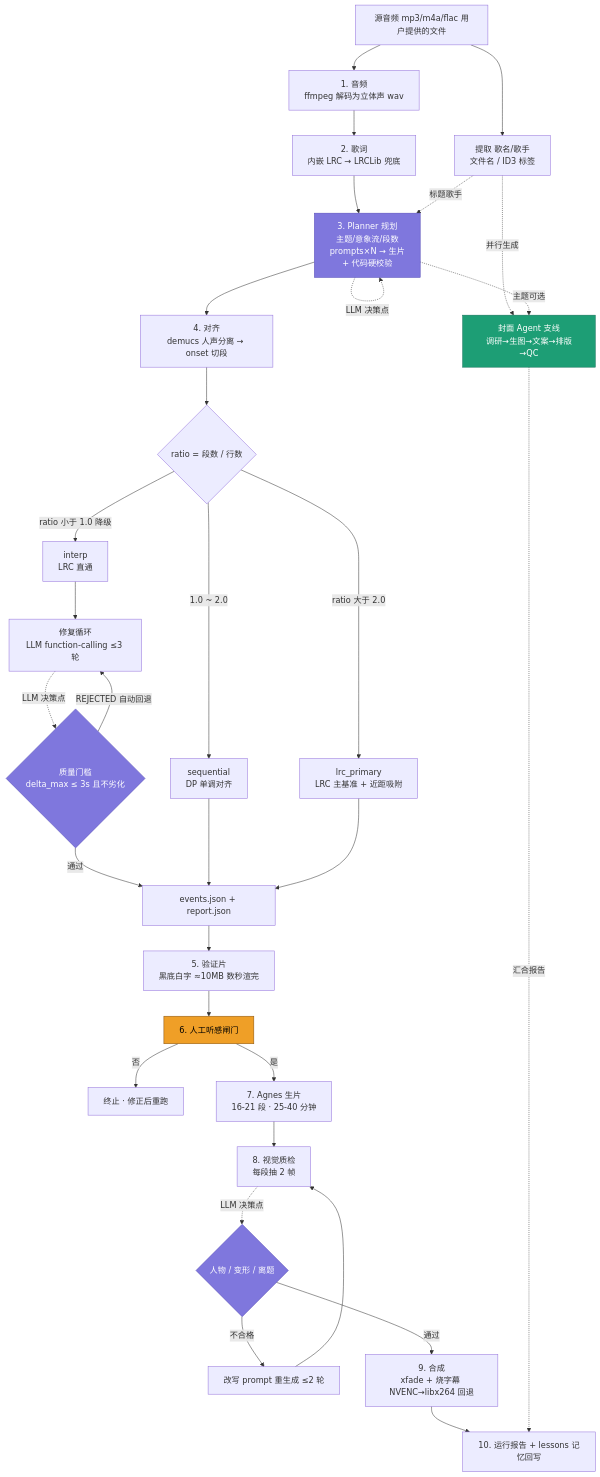
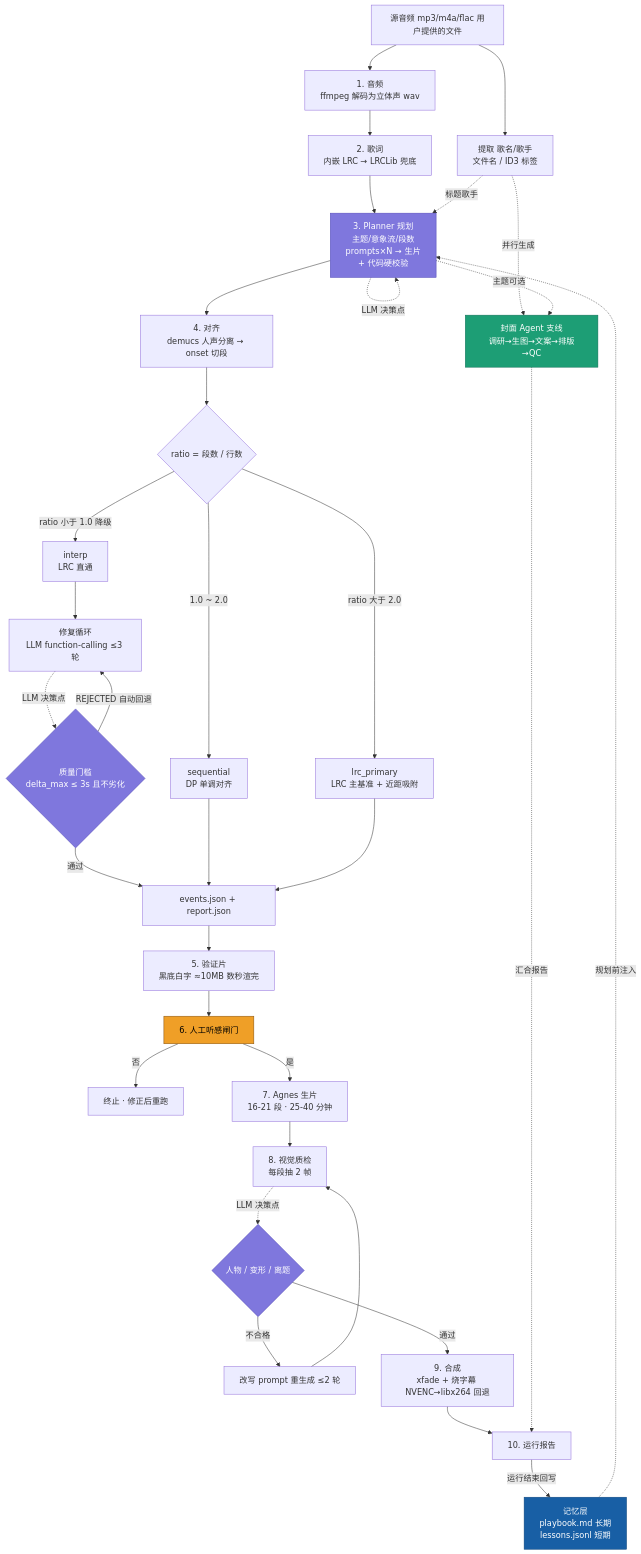
One commit to qiz7z/lyric-video-agent changed the first of 3 diagrams in README.md. Above: the diagram before and after it, drawn with Mermaid. The commit also changed other lines of this file and 1 other file, not shown here.

First line of the commit message:
docs: 架构图补记忆层闭环并渲染高清 PNG

````diff
--- a/README.md
+++ b/README.md
@@ -16,45 +16,49 @@
 ```mermaid
 flowchart TD
     A[源音频 mp3/m4a/flac 用户提供的文件] --> B[1. 音频<br>ffmpeg 解码为立体声 wav]
     A --> META[提取 歌名/歌手<br>文件名 / ID3 标签]
     B --> C[2. 歌词<br>内嵌 LRC → LRCLib 兜底]
     C --> D[3. Planner 规划<br>主题/意象流/段数<br>prompts×N → 生片<br>+ 代码硬校验]
     META -.->|标题歌手| D
     D -.->|LLM 决策点| D
     D --> E[4. 对齐<br>demucs 人声分离 → onset 切段]
 
     E --> F{ratio = 段数 / 行数}
     F -->|1.0 ~ 2.0| G[sequential<br>DP 单调对齐]
     F -->|ratio 大于 2.0| H[lrc_primary<br>LRC 主基准 + 近距吸附]
     F -->|ratio 小于 1.0 降级| I[interp<br>LRC 直通]
 
     I --> J[修复循环<br>LLM function-calling ≤3 轮]
     J -.->|LLM 决策点| J1{质量门槛<br>delta_max ≤ 3s 且不劣化}
     J1 -->|REJECTED 自动回退| J
     J1 -->|通过| K[events.json + report.json]
 
     G --> K
     H --> K
     K --> L[5. 验证片<br>黑底白字 ≈10MB 数秒渲完]
     L --> M[6. 人工听感闸门]
     M -->|否| M1[终止 · 修正后重跑]
     M -->|是| N[7. Agnes 生片<br>16-21 段 · 25-40 分钟]
 
     N --> O[8. 视觉质检<br>每段抽 2 帧]
     O -.->|LLM 决策点| O1{人物 / 变形 / 离题}
     O1 -->|不合格| P[改写 prompt 重生成 ≤2 轮]
     P --> O
     O1 -->|通过| Q[9. 合成<br>xfade + 烧字幕 NVENC→libx264 回退]
 
-    Q --> S[10. 运行报告 + lessons 记忆回写]
+    Q --> S[10. 运行报告]
 
     META -.->|并行生成| RC[封面 Agent 支线<br>调研→生图→文案→排版→QC]
     D -.->|主题可选| RC
     RC -.->|汇合报告| S
+
+    S -->|运行结束回写| MEM["记忆层<br/>playbook.md 长期<br/>lessons.jsonl 短期"]
+    MEM -.->|规划前注入| D
 
     style D fill:#7F77DD,stroke:#534AB7,color:#fff
     style J1 fill:#7F77DD,stroke:#534AB7,color:#fff
     style O1 fill:#7F77DD,stroke:#534AB7,color:#fff
     style M fill:#EF9F27,stroke:#854F0B,color:#000
     style RC fill:#1D9E75,stroke:#0F6E56,color:#fff
+    style MEM fill:#185FA5,stroke:#0C447C,color:#fff
 ```
````
